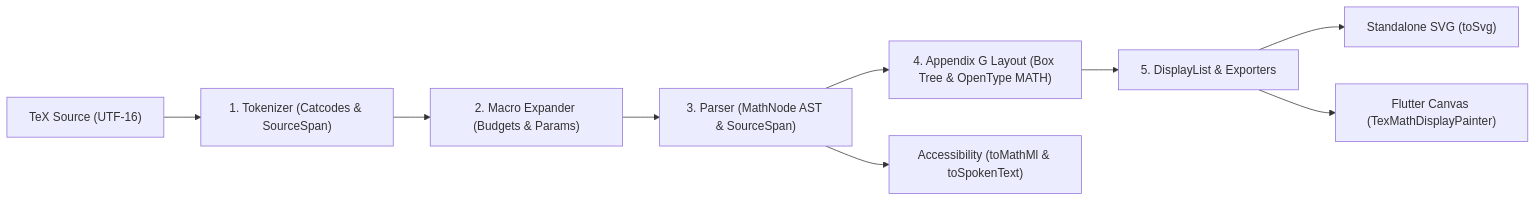
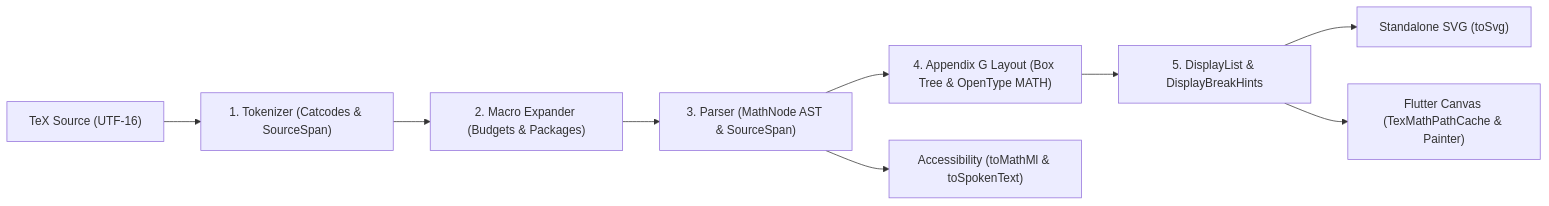
The first of 3 diagrams in doc/ARCHITECTURE.md (tkinnis/tex_math), drawn with Mermaid before and after one commit. The commit also changed other lines of this file and 30 other files, not shown here.

````diff
--- a/doc/ARCHITECTURE.md
+++ b/doc/ARCHITECTURE.md
@@ -21,11 +21,11 @@
 ```mermaid
 flowchart LR
   S0["TeX Source (UTF-16)"] --> S1["1. Tokenizer (Catcodes & SourceSpan)"]
-  S1 --> S2["2. Macro Expander (Budgets & Params)"]
+  S1 --> S2["2. Macro Expander (Budgets & Packages)"]
   S2 --> S3["3. Parser (MathNode AST & SourceSpan)"]
   S3 --> S4["4. Appendix G Layout (Box Tree & OpenType MATH)"]
-  S4 --> S5["5. DisplayList & Exporters"]
+  S4 --> S5["5. DisplayList & DisplayBreakHints"]
   S5 --> O1["Standalone SVG (toSvg)"]
-  S5 --> O2["Flutter Canvas (TexMathDisplayPainter)"]
+  S5 --> O2["Flutter Canvas (TexMathPathCache & Painter)"]
   S3 --> O3["Accessibility (toMathMl & toSpokenText)"]
 ```
````
